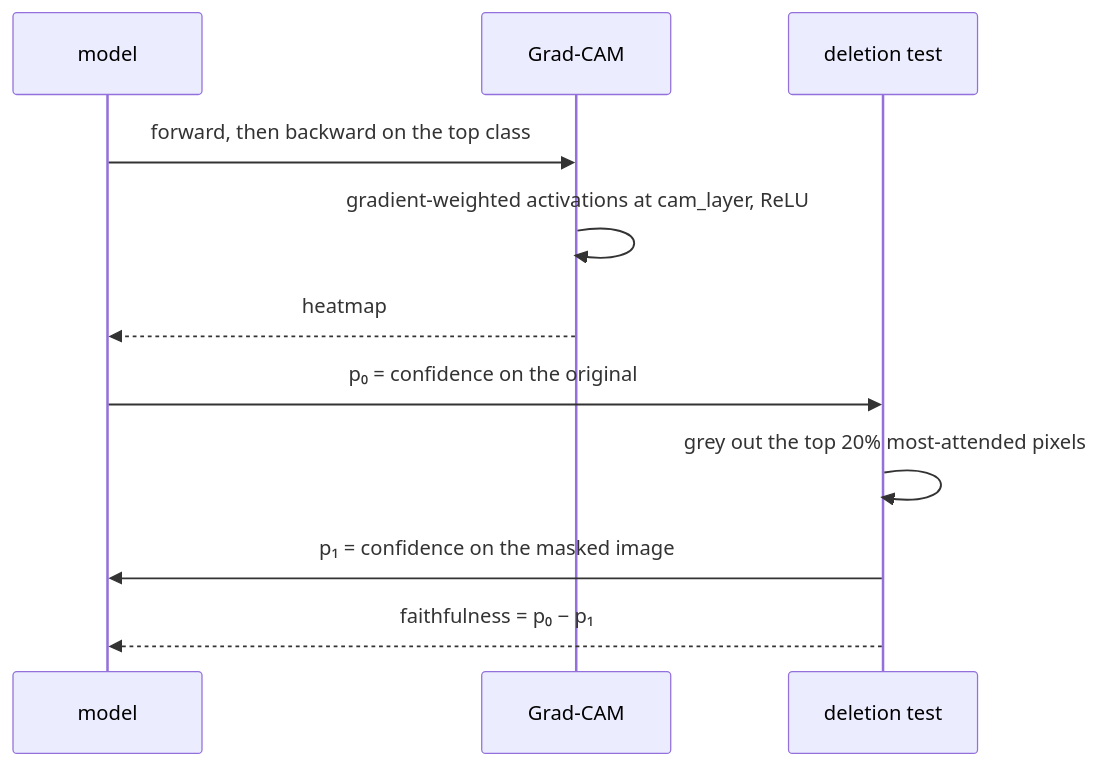
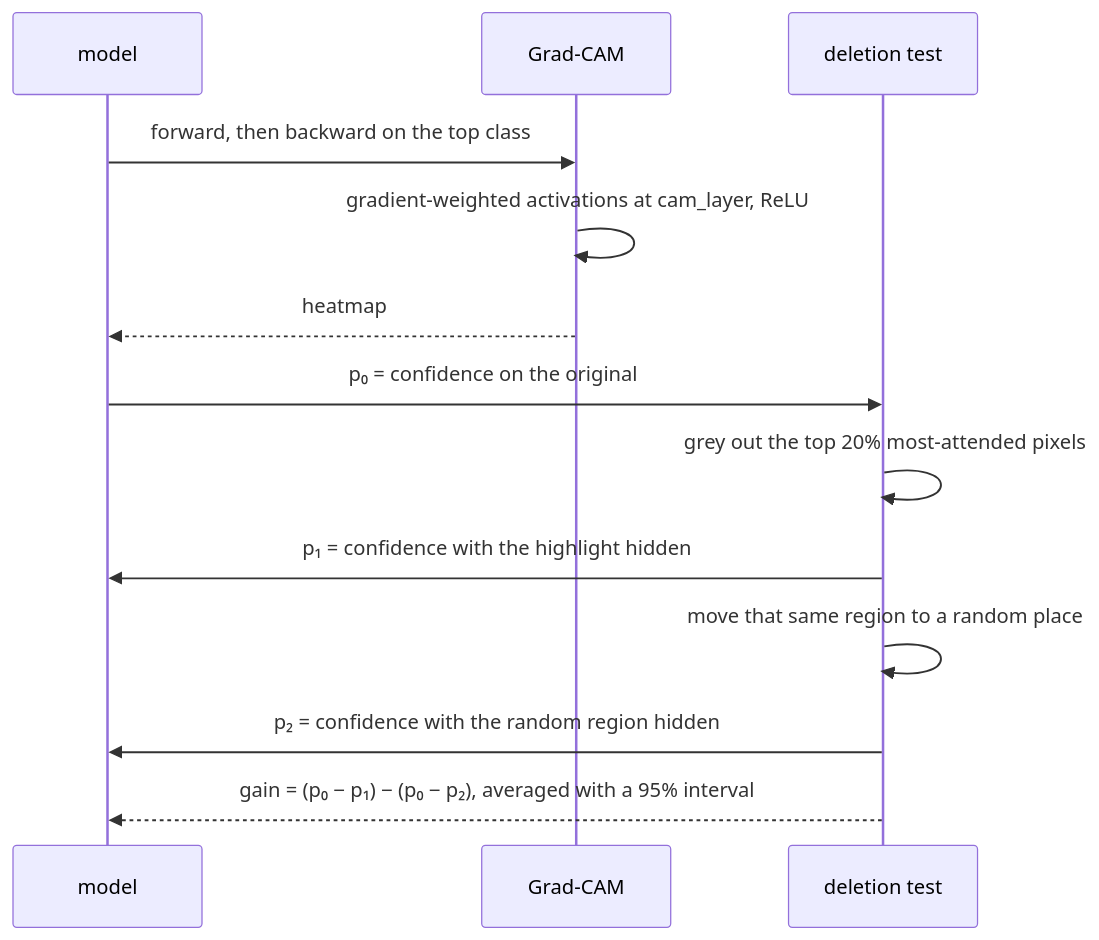
One commit to sabrinahartung/verifai-medical changed the fifth of 6 diagrams in docs/pillars.md. Above: the diagram before and after it, drawn with Mermaid. The commit also changed other lines of this file and 15 other files, not shown here.

````diff
--- a/docs/pillars.md
+++ b/docs/pillars.md
@@ -153,13 +154,15 @@
 ```mermaid
 sequenceDiagram
     participant M as model
     participant G as Grad-CAM
     participant D as deletion test
     M->>G: forward, then backward on the top class
     G->>G: gradient-weighted activations at cam_layer, ReLU
     G-->>M: heatmap
     M->>D: p₀ = confidence on the original
     D->>D: grey out the top 20% most-attended pixels
-    D->>M: p₁ = confidence on the masked image
-    D-->>M: faithfulness = p₀ − p₁
+    D->>M: p₁ = confidence with the highlight hidden
+    D->>D: move that same region to a random place
+    D->>M: p₂ = confidence with the random region hidden
+    D-->>M: gain = (p₀ − p₁) − (p₀ − p₂), averaged with a 95% interval
 ```
````
